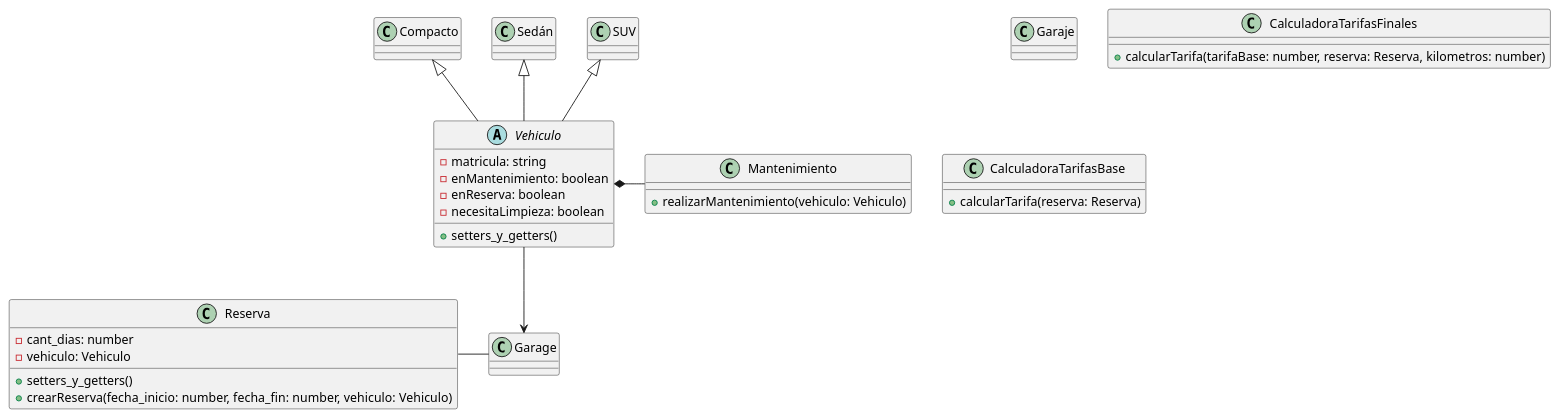
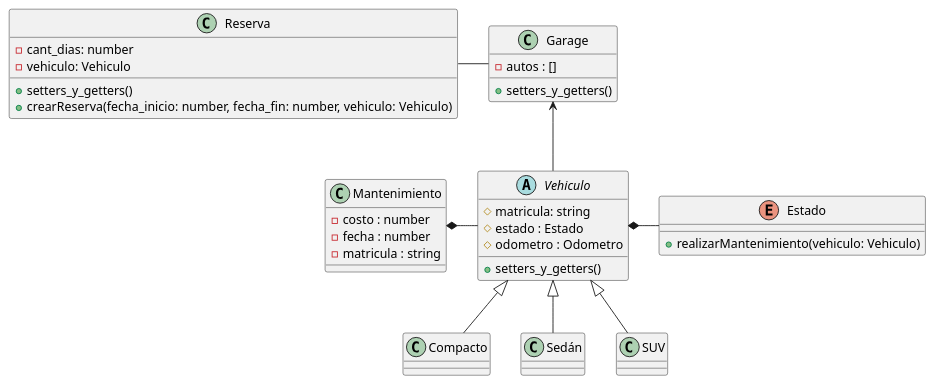
Before and after one commit to AlejoSuarez-37/Trabajo-Practico-Grupo16: the diagram in diagramas/clases.puml, drawn with PlantUML.

Commit message:
se agregaron funciones a las clases

```diff
--- a/diagramas/clases.puml
+++ b/diagramas/clases.puml
@@ -1,57 +1,57 @@
 @startuml Diagrama de clases
 
 abstract class Vehiculo {
-    - matricula: string
-    - enMantenimiento: boolean
-    - enReserva: boolean
-    - necesitaLimpieza: boolean
+    # matricula: string
+    # estado : Estado
+    # odometro : Odometro 
+    + setters_y_getters()
+}
+
+class Garage {
+    - autos : []
 
     + setters_y_getters()
 }
 
-class Garaje {
 
-}
-
-class CalculadoraTarifasFinales {
-    + calcularTarifa(tarifaBase: number, reserva: Reserva, kilometros: number)
-}
-
-class CalculadoraTarifasBase {
-    + calcularTarifa(reserva: Reserva)
+class Mantenimiento {
+    - costo : number
+    - fecha : number
+    - matricula : string
 }
 
 class Reserva {
     - cant_dias: number
     - vehiculo: Vehiculo
 
     + setters_y_getters()
     + crearReserva(fecha_inicio: number, fecha_fin: number, vehiculo: Vehiculo)
 }
 
-class Mantenimiento {
+enum Estado {
     + realizarMantenimiento(vehiculo: Vehiculo)
 }
 
 class Compacto {
 
 }
 class Sedán {
 
 }
 class SUV {
 
 }
 
 ' Relaciones
 
-Vehiculo *-r- Mantenimiento
+Vehiculo  *-r- Estado
 Reserva -r- Garage
-Garage <-u- Vehiculo
+Garage <-d- Vehiculo
+Mantenimiento *-r- Vehiculo 
 
-Compacto <|-d- Vehiculo
-Sedán <|-d- Vehiculo
-SUV <|-d- Vehiculo
+Vehiculo  <|-d- Compacto
+Vehiculo  <|-d- Sedán
+Vehiculo <|-d- SUV
 
 
 @enduml
```
